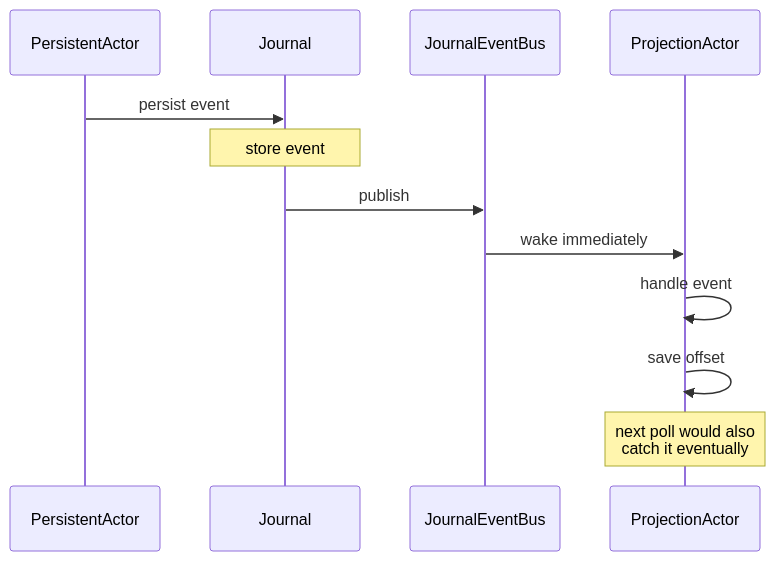
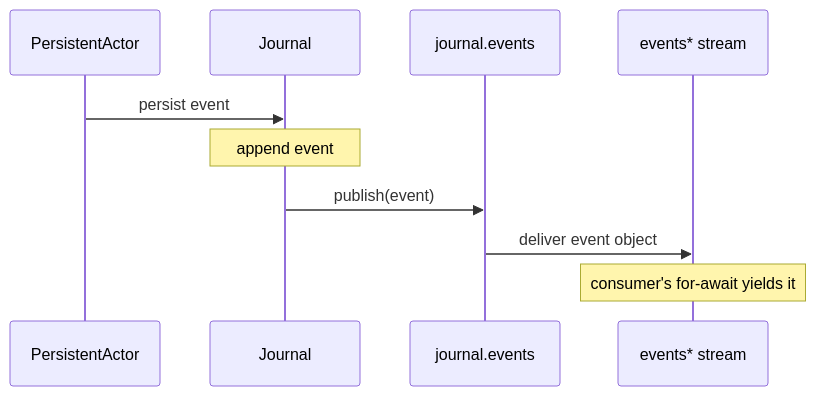
One commit to pathosDev/actor-ts changed the diagram in docs/src/content/docs/persistence/push-based-query.mdx. Above: the diagram before and after it, drawn with Mermaid. The commit also changed other lines of this file and 1 other file, not shown here.

First line of the commit message:
docs: rewrite push-based-query to the real query-stream push model (EN+DE)

````diff
--- a/docs/src/content/docs/persistence/push-based-query.mdx
+++ b/docs/src/content/docs/persistence/push-based-query.mdx
@@ -15,14 +19,12 @@
 ```mermaid
 sequenceDiagram
   participant PA as PersistentActor
   participant J as Journal
-  participant BUS as JournalEventBus
-  participant PROJ as ProjectionActor
+  participant BUS as journal.events
+  participant Q as events* stream
   PA->>J: persist event
-  Note over J: store event
-  J->>BUS: publish
-  BUS->>PROJ: wake immediately
-  PROJ->>PROJ: handle event
-  PROJ->>PROJ: save offset
-  Note over PROJ: next poll would also<br/>catch it eventually
+  Note over J: append event
+  J->>BUS: publish(event)
+  BUS->>Q: deliver event object
+  Note over Q: consumer's for-await yields it
 ```
````
